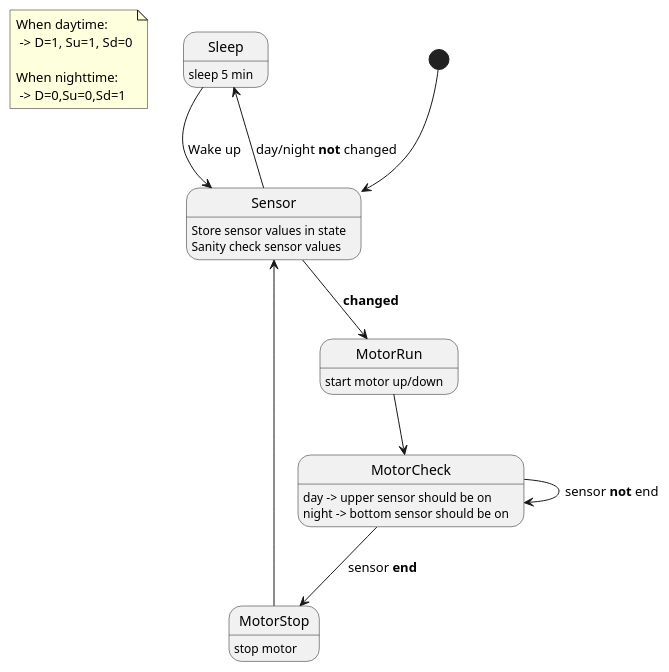
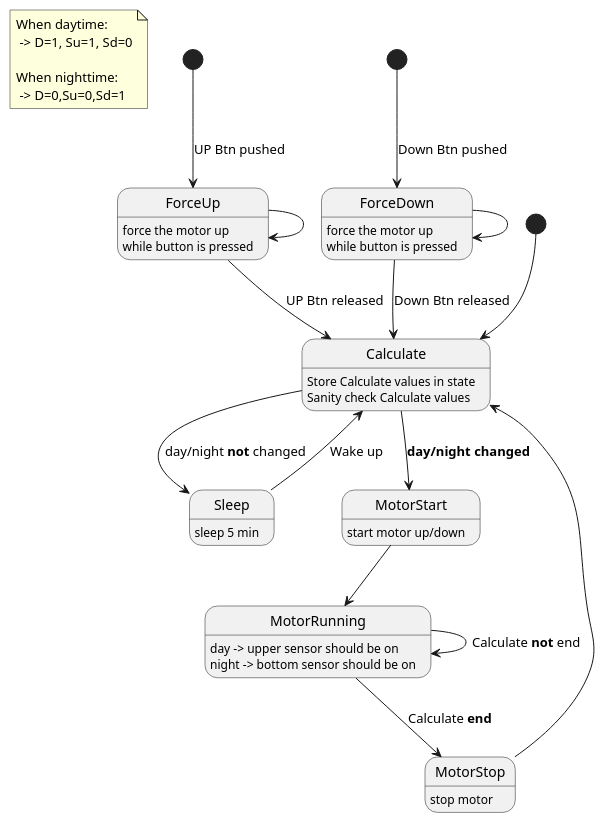
One commit to WouterThys/SafeChicks changed the diagram in fsm.pu. Above: the diagram before and after it, drawn with PlantUML. The commit also changed 11 other files, not shown here.

```diff
--- a/fsm.pu
+++ b/fsm.pu
@@ -1,27 +1,46 @@
 @startuml FSM
 
 note "When daytime:\n -> D=1, Su=1, Sd=0\n\nWhen nighttime:\n -> D=0,Su=0,Sd=1" as N1
 
+Calculate : Store Calculate values in state
+Calculate : Sanity check Calculate values
 Sleep : sleep 5 min
 MotorStop : stop motor
-MotorRun : start motor up/down
-MotorCheck : day -> upper sensor should be on
-MotorCheck : night -> bottom sensor should be on
+MotorStart : start motor up/down
+MotorRunning : day -> upper sensor should be on
+MotorRunning : night -> bottom sensor should be on
+ForceUp : force the motor up
+ForceUp : while button is pressed
+ForceDown : force the motor up
+ForceDown : while button is pressed
 
-[*] --> Sensor
-Sensor : Store sensor values in state
-Sensor : Sanity check sensor values
+state start  <<start>>
+state btn_u  <<start>>
+state btn_d  <<start>>
 
-Sensor --> Sleep : day/night **not** changed
-Sleep --> Sensor : Wake up
-Sensor --> MotorRun : **changed**
+start --> Calculate
 
-MotorRun --> MotorCheck
+Calculate --> Sleep : day/night **not** changed
+Sleep --> Calculate : Wake up
+Calculate --> MotorStart : **day/night changed**
 
-MotorCheck --> MotorCheck : sensor **not** end
-MotorCheck --> MotorStop : sensor **end**
+MotorStart --> MotorRunning
 
-MotorStop --> Sensor
+MotorRunning --> MotorRunning : Calculate **not** end
+MotorRunning --> MotorStop : Calculate **end**
+
+MotorStop --> Calculate
+
+ForceUp --> Calculate : UP Btn released
+
+ForceDown --> Calculate : Down Btn released
+
+
+btn_u --> ForceUp : UP Btn pushed
+ForceUp --> ForceUp
+
+btn_d --> ForceDown : Down Btn pushed
+ForceDown --> ForceDown
 
 		
 @enduml
```
